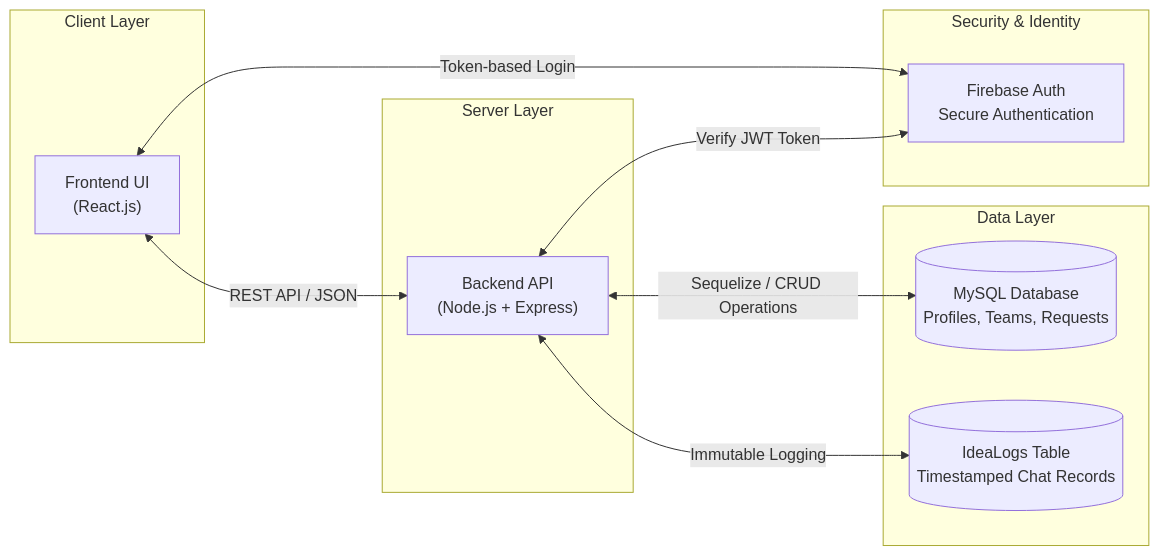
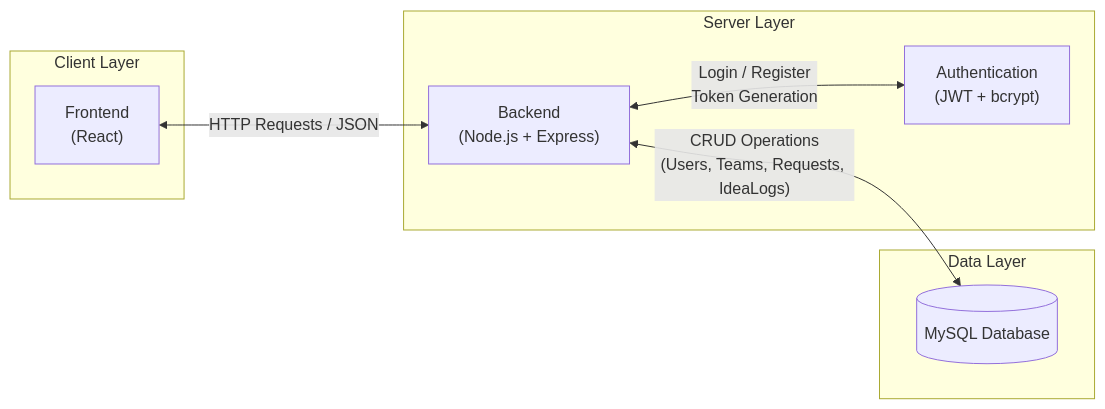
The first of 2 diagrams in stage3/high-level-architecture.md (Rinadfahadz/Portfolio), drawn with Mermaid before and after one commit.

````diff
--- a/stage3/high-level-architecture.md
+++ b/stage3/high-level-architecture.md
@@ -4,33 +4,24 @@
 ```mermaid
 flowchart LR
-
     subgraph Client["Client Layer"]
-        FE["Frontend UI<br/>(React.js)"]
+        FE["Frontend<br/>(React)"]
     end
 
     subgraph Server["Server Layer"]
-        BE["Backend API<br/>(Node.js + Express)"]
+        BE["Backend<br/>(Node.js + Express)"]
+        AUTH["Authentication<br/>(JWT + bcrypt)"]
     end
 
     subgraph Data["Data Layer"]
-        DB[(MySQL Database<br/>Profiles, Teams, Requests)]
-        IL[(IdeaLogs Table<br/>Timestamped Chat Records)]
-    end
-
-    subgraph Auth["Security & Identity"]
-        FIRE["Firebase Auth<br/>Secure Authentication"]
+        DB[(MySQL Database)]
     end
 
     %% Client ↔ Backend
-    FE <-->|"REST API / JSON"| BE
+    FE <-->|"HTTP Requests / JSON"| BE
 
-    %% Backend ↔ MySQL
-    BE <-->|"Sequelize / CRUD Operations"| DB
-    BE <-->|"Immutable Logging"| IL
+    %% Backend ↔ Authentication
+    BE <-->|"Login / Register<br/>Token Generation"| AUTH
 
-    %% Client ↔ Firebase
-    FE <-->|"Token-based Login"| FIRE
-
-    %% Backend ↔ Firebase
-    BE <-->|"Verify JWT Token"| FIRE
+    %% Backend ↔ Database
+    BE <-->|"CRUD Operations<br/>(Users, Teams, Requests, IdeaLogs)"| DB
 ```
````
